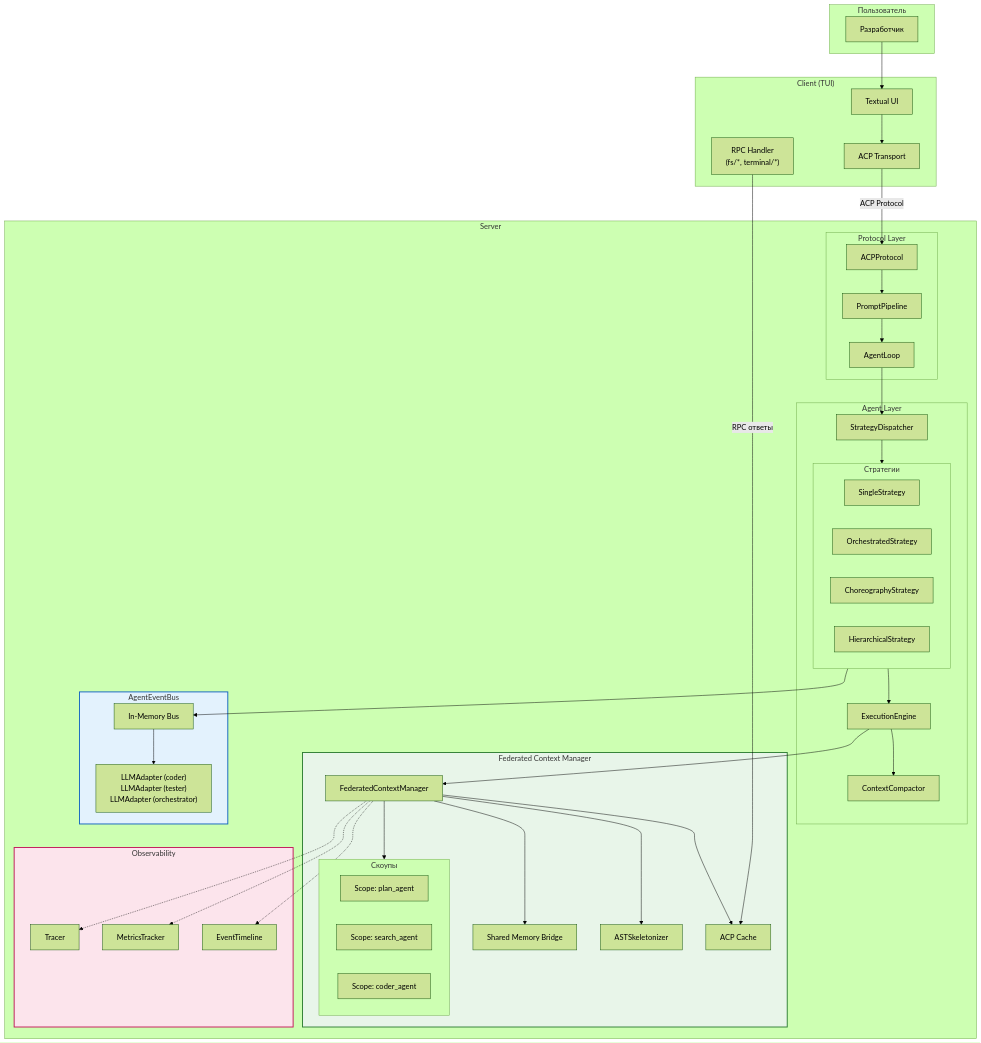
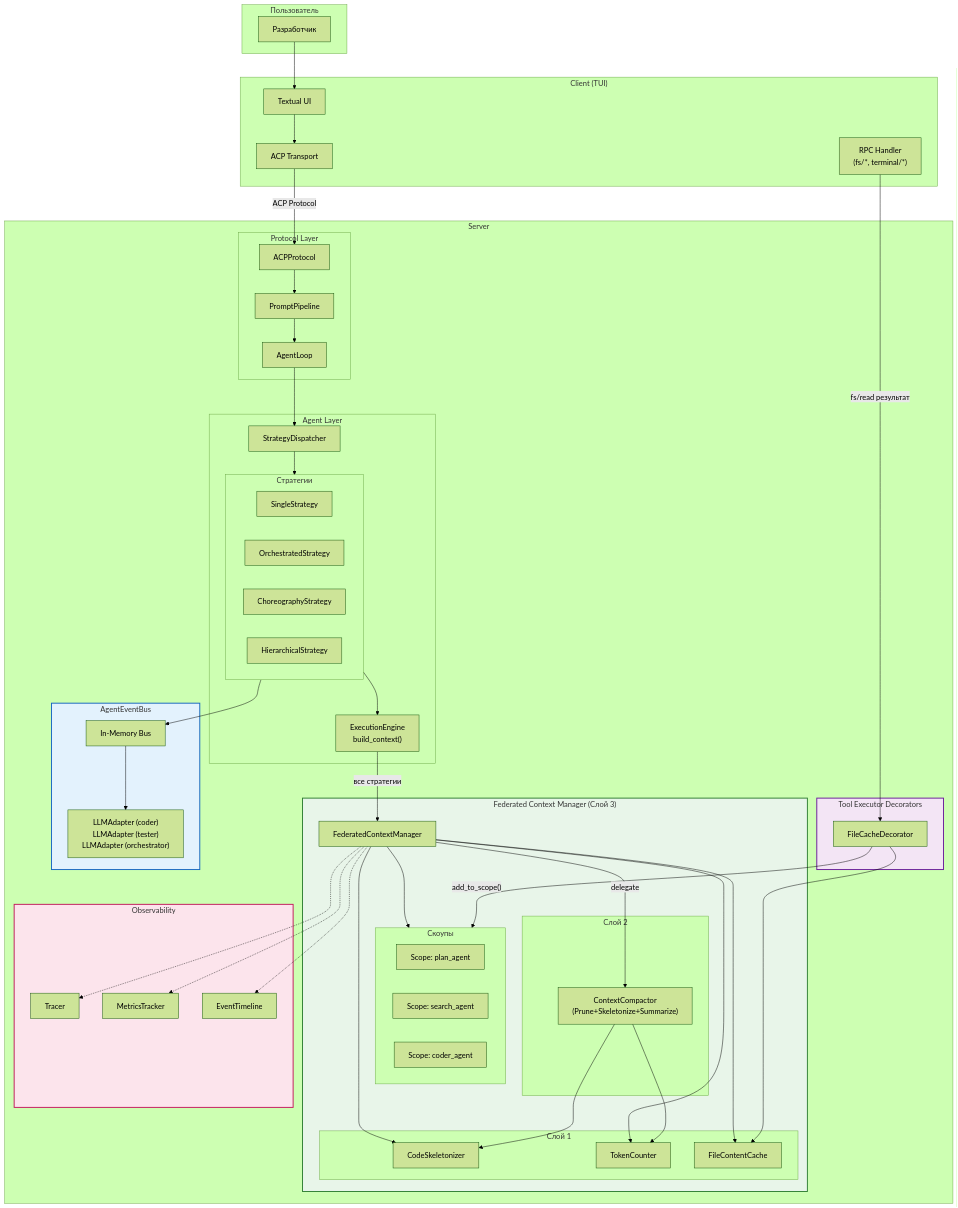
One commit to pese-git/codelab-agent changed the first of 10 diagrams in doc/internals/architecture/fcm/DIAGRAMS.md. Above: the diagram before and after it, drawn with Mermaid (forest theme). The commit also changed other lines of this file and 7 other files, not shown here.

````diff
--- a/doc/internals/architecture/fcm/DIAGRAMS.md
+++ b/doc/internals/architecture/fcm/DIAGRAMS.md
@@ -12,60 +16,69 @@
     subgraph User["Пользователь"]
         Dev["Разработчик"]
     end
-    
+
     subgraph Client["Client (TUI)"]
         TUI["Textual UI"]
         Transport["ACP Transport"]
         RPCHandler["RPC Handler<br/>(fs/*, terminal/*)"]
     end
-    
+
     subgraph Server["Server"]
         subgraph Protocol["Protocol Layer"]
             ACP["ACPProtocol"]
             Pipeline["PromptPipeline"]
             AgentLoop["AgentLoop"]
         end
-        
+
         subgraph Agent["Agent Layer"]
             Dispatcher["StrategyDispatcher"]
-            
+
             subgraph Strategies["Стратегии"]
                 Single["SingleStrategy"]
                 Orch["OrchestratedStrategy"]
                 Chor["ChoreographyStrategy"]
                 Hier["HierarchicalStrategy"]
             end
-            
-            Engine["ExecutionEngine"]
-            Compactor["ContextCompactor"]
+
+            Engine["ExecutionEngine<br/>build_context()"]
         end
-        
-        subgraph FCM["Federated Context Manager"]
+
+        subgraph FCM["Federated Context Manager (Слой 3)"]
             Manager["FederatedContextManager"]
-            
+
             subgraph Scopes["Скоупы"]
                 S1["Scope: plan_agent"]
                 S2["Scope: search_agent"]
                 S3["Scope: coder_agent"]
             end
-            
-            Bridge["Shared Memory Bridge"]
-            Skeletonizer["ASTSkeletonizer"]
-            Cache["ACP Cache"]
+
+            subgraph L2["Слой 2"]
+                Compactor["ContextCompactor<br/>(Prune+Skeletonize+Summarize)"]
+            end
+
+            subgraph L1["Слой 1"]
+                Skeletonizer["CodeSkeletonizer"]
+                TokenCounter["TokenCounter"]
+                FileCache["FileContentCache"]
+            end
         end
-        
+
+        subgraph Decorators["Tool Executor Decorators"]
+            FCDec["FileCacheDecorator"]
+        end
+
         subgraph EventBus["AgentEventBus"]
             Bus["In-Memory Bus"]
             Agents["LLMAdapter (coder)<br/>LLMAdapter (tester)<br/>LLMAdapter (orchestrator)"]
         end
-        
+
         subgraph Observability["Observability"]
             Tracer["Tracer"]
             Metrics["MetricsTracker"]
             Timeline["EventTimeline"]
         end
     end
-    
+
     Dev --> TUI
     TUI --> Transport
     Transport -->|"ACP Protocol"| ACP
@@ -74,24 +87,29 @@
     AgentLoop --> Dispatcher
     Dispatcher --> Strategies
     Strategies --> Engine
-    Engine --> Compactor
-    Engine --> Manager
-    
+    Engine -->|"все стратегии"| Manager
+
     Manager --> Scopes
-    Manager --> Bridge
+    Manager -->|"delegate"| Compactor
     Manager --> Skeletonizer
-    Manager --> Cache
-    
+    Manager --> TokenCounter
+    Manager --> FileCache
+    Compactor --> Skeletonizer
+    Compactor --> TokenCounter
+
+    RPCHandler -->|"fs/read результат"| FCDec
+    FCDec --> FileCache
+    FCDec -->|"add_to_scope()"| Scopes
+
     Strategies --> Bus
     Bus --> Agents
-    
+
     Manager -.-> Tracer
     Manager -.-> Metrics
     Manager -.-> Timeline
-    
-    RPCHandler -->|"RPC ответы"| Cache
-    
+
     style FCM fill:#e8f5e9,stroke:#2e7d32,stroke-width:2px
     style EventBus fill:#e3f2fd,stroke:#1565c0,stroke-width:2px
     style Observability fill:#fce4ec,stroke:#c2185b,stroke-width:2px
+    style Decorators fill:#f3e5f5,stroke:#6a1b9a,stroke-width:2px
 ```
````
